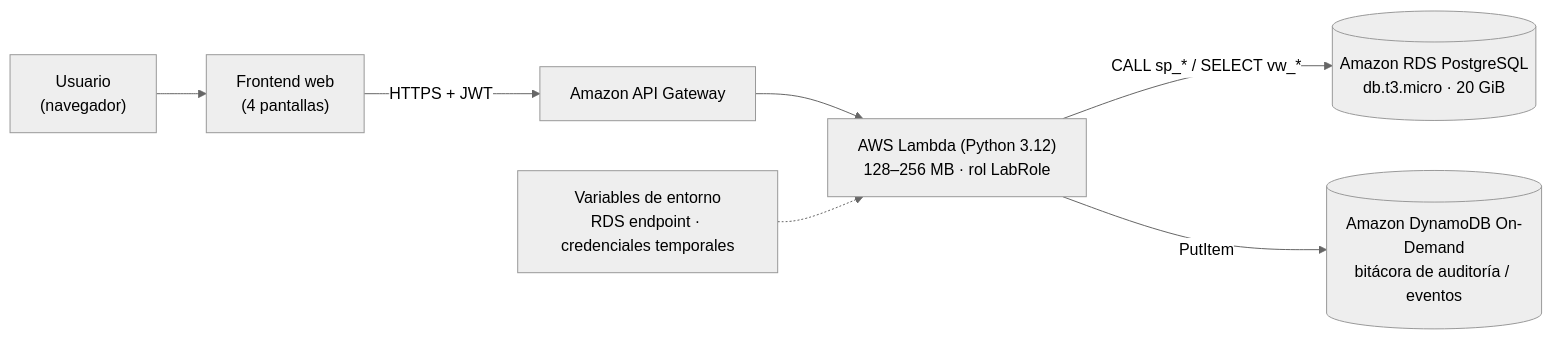
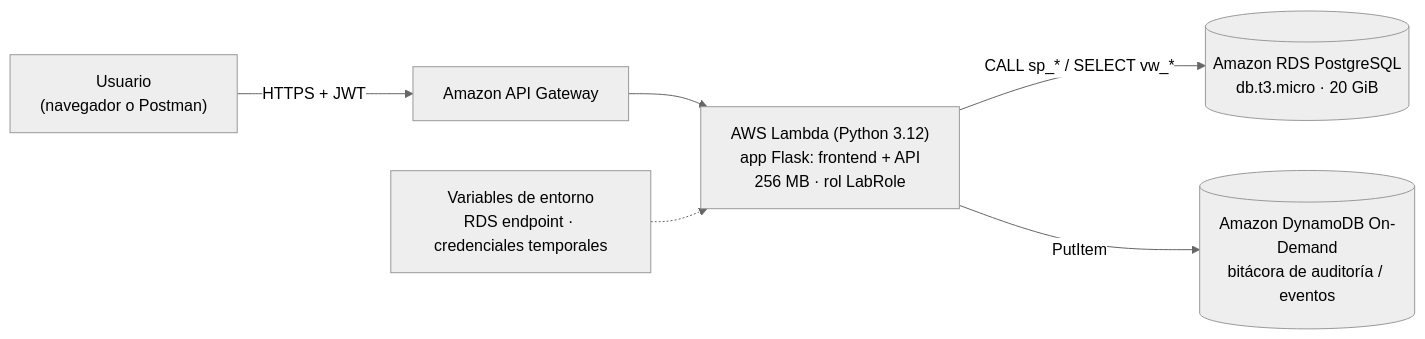
The second of 7 diagrams in docs/REPORTE_AVANCE.md (DanielRosalesAlanis/SistemaDeFacturacion), drawn with Mermaid (neutral theme) before and after one commit. The commit also changed other lines of this file and 39 other files, not shown here.

````diff
--- a/docs/REPORTE_AVANCE.md
+++ b/docs/REPORTE_AVANCE.md
@@ -134,9 +145,8 @@
 ```mermaid
 flowchart LR
-    U["Usuario<br/>(navegador)"] --> FE["Frontend web<br/>(4 pantallas)"]
-    FE -->|HTTPS + JWT| APIGW["Amazon API Gateway"]
-    APIGW --> L["AWS Lambda (Python 3.12)<br/>128–256 MB · rol LabRole"]
+    U["Usuario<br/>(navegador o Postman)"] -->|HTTPS + JWT| APIGW["Amazon API Gateway"]
+    APIGW --> L["AWS Lambda (Python 3.12)<br/>app Flask: frontend + API<br/>256 MB · rol LabRole"]
     L -->|CALL sp_* / SELECT vw_*| RDS[("Amazon RDS PostgreSQL<br/>db.t3.micro · 20 GiB")]
     L -->|PutItem| DDB[("Amazon DynamoDB On-Demand<br/>bitácora de auditoría / eventos")]
     ENV["Variables de entorno<br/>RDS endpoint · credenciales temporales"] -.-> L
 ```
````
